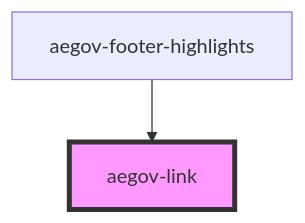
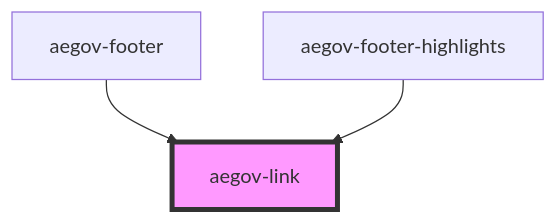
One commit to TDRA-ae/aegov-designsystem changed the diagram in packages/designsystem/src/components/aegov-link/README.md. Above: the diagram before and after it, drawn with Mermaid. The commit also changed other lines of this file and 7 other files, not shown here.

````diff
--- a/packages/designsystem/src/components/aegov-link/README.md
+++ b/packages/designsystem/src/components/aegov-link/README.md
@@ -47,5 +48,6 @@
 ```mermaid
 graph TD;
+  aegov-footer --> aegov-link
   aegov-footer-highlights --> aegov-link
   style aegov-link fill:#f9f,stroke:#333,stroke-width:4px
 ```
````
